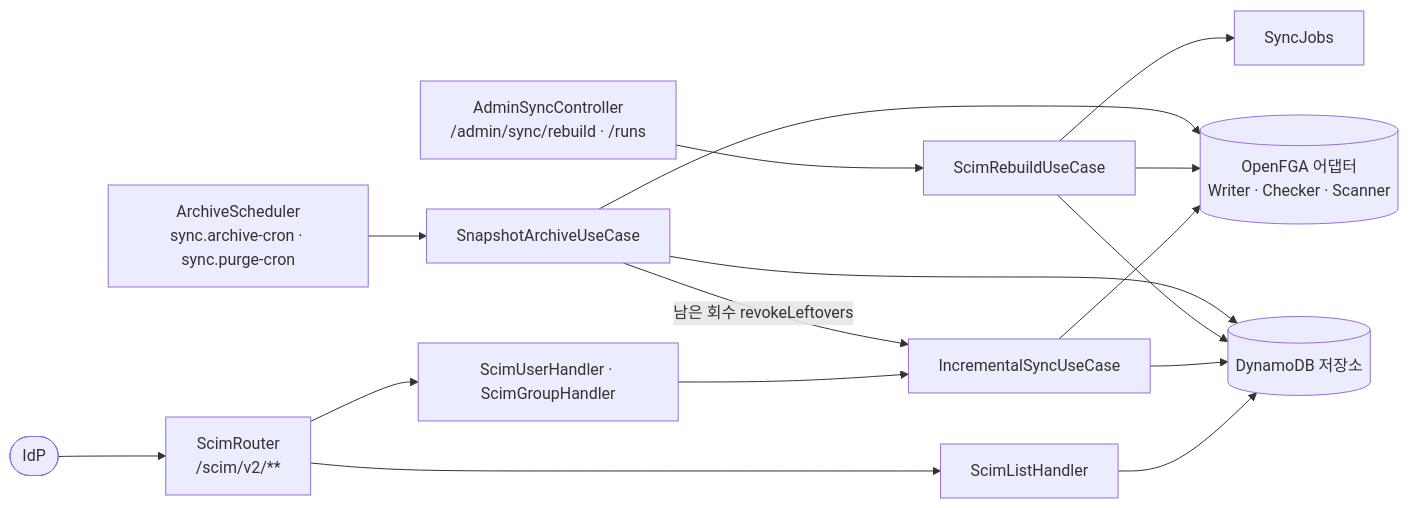
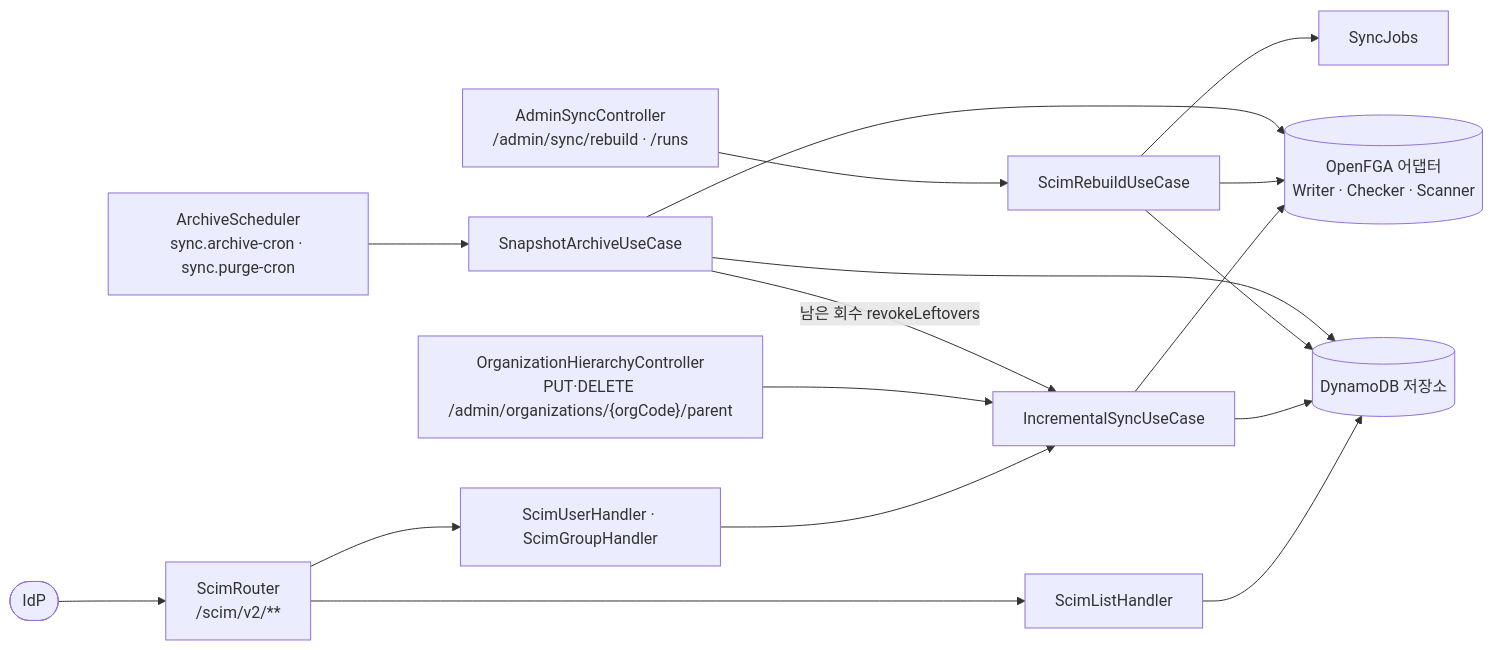
Before and after one commit to starryeye/organization: the third of 3 diagrams in docs/onboarding/03-아키텍처.md, drawn with Mermaid. The commit also changed other lines of this file and 15 other files, not shown here.

````diff
--- a/docs/onboarding/03-아키텍처.md
+++ b/docs/onboarding/03-아키텍처.md
@@ -239,31 +239,33 @@
 ```mermaid
 flowchart LR
     idp(["IdP"])
     router["ScimRouter<br/>/scim/v2/**"]
     uh["ScimUserHandler · ScimGroupHandler"]
     lh["ScimListHandler"]
     inc["IncrementalSyncUseCase"]
     ctl["AdminSyncController<br/>/admin/sync/rebuild · /runs"]
+    hier["OrganizationHierarchyController<br/>PUT·DELETE /admin/organizations/{orgCode}/parent"]
     sched["ArchiveScheduler<br/>sync.archive-cron · sync.purge-cron"]
     rebuild["ScimRebuildUseCase"]
     archive["SnapshotArchiveUseCase"]
     jobs["SyncJobs"]
     fga[("OpenFGA 어댑터<br/>Writer · Checker · Scanner")]
     ddb[("DynamoDB 저장소")]
 
     idp --> router
     router --> uh
     router --> lh
     uh --> inc
+    hier --> inc
     lh --> ddb
     ctl --> rebuild
     rebuild --> jobs
     sched --> archive
     archive -- "남은 회수 revokeLeftovers" --> inc
     inc --> fga
     inc --> ddb
     rebuild --> fga
     rebuild --> ddb
     archive --> fga
     archive --> ddb
 ```
````
